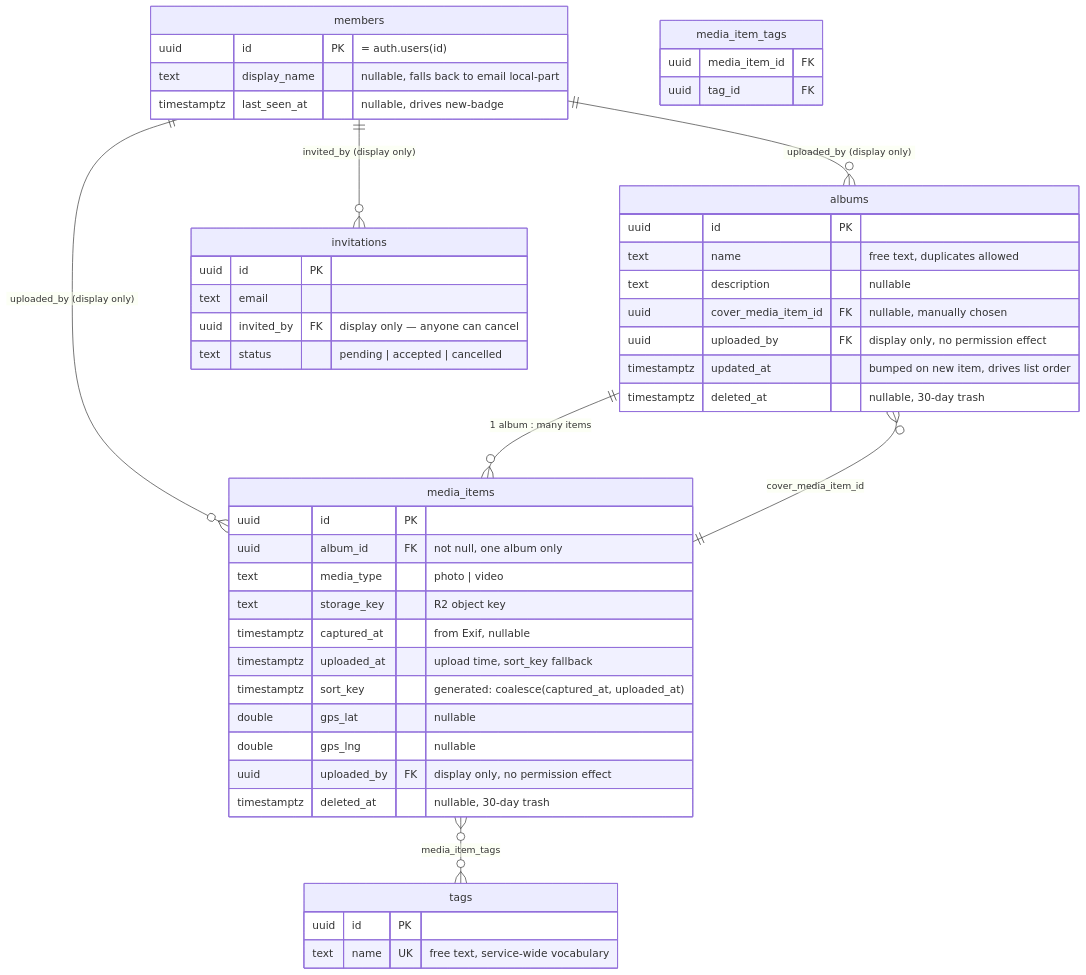
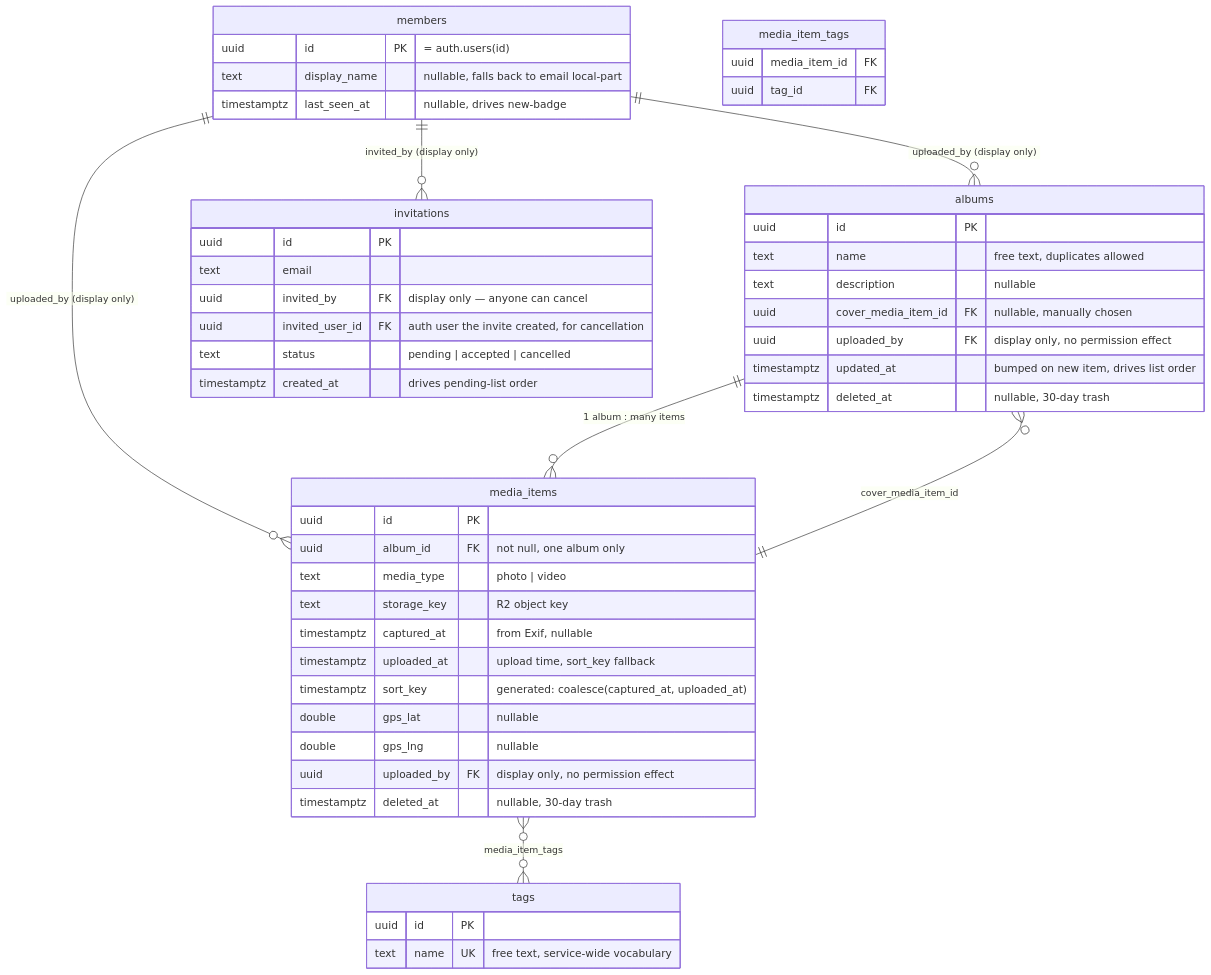
Before and after one commit to Takayyz/amber: the second of 2 diagrams in README.md, drawn with Mermaid. The commit also changed other lines of this file and 12 other files, not shown here.

First line of the commit message:
feat: add the invitation flow

````diff
--- a/README.md
+++ b/README.md
@@ -114,51 +133,53 @@
 ```mermaid
 erDiagram
     members ||--o{ albums : "uploaded_by (display only)"
     members ||--o{ media_items : "uploaded_by (display only)"
     members ||--o{ invitations : "invited_by (display only)"
     albums ||--o{ media_items : "1 album : many items"
     albums }o--|| media_items : "cover_media_item_id"
     media_items }o--o{ tags : "media_item_tags"
 
     members {
         uuid id PK "= auth.users(id)"
         text display_name "nullable, falls back to email local-part"
         timestamptz last_seen_at "nullable, drives new-badge"
     }
     albums {
         uuid id PK
         text name "free text, duplicates allowed"
         text description "nullable"
         uuid cover_media_item_id FK "nullable, manually chosen"
         uuid uploaded_by FK "display only, no permission effect"
         timestamptz updated_at "bumped on new item, drives list order"
         timestamptz deleted_at "nullable, 30-day trash"
     }
     media_items {
         uuid id PK
         uuid album_id FK "not null, one album only"
         text media_type "photo | video"
         text storage_key "R2 object key"
         timestamptz captured_at "from Exif, nullable"
         timestamptz uploaded_at "upload time, sort_key fallback"
         timestamptz sort_key "generated: coalesce(captured_at, uploaded_at)"
         double gps_lat "nullable"
         double gps_lng "nullable"
         uuid uploaded_by FK "display only, no permission effect"
         timestamptz deleted_at "nullable, 30-day trash"
     }
     tags {
         uuid id PK
         text name UK "free text, service-wide vocabulary"
     }
     media_item_tags {
         uuid media_item_id FK
         uuid tag_id FK
     }
     invitations {
         uuid id PK
         text email
         uuid invited_by FK "display only — anyone can cancel"
+        uuid invited_user_id FK "auth user the invite created, for cancellation"
         text status "pending | accepted | cancelled"
+        timestamptz created_at "drives pending-list order"
     }
 ```
````
